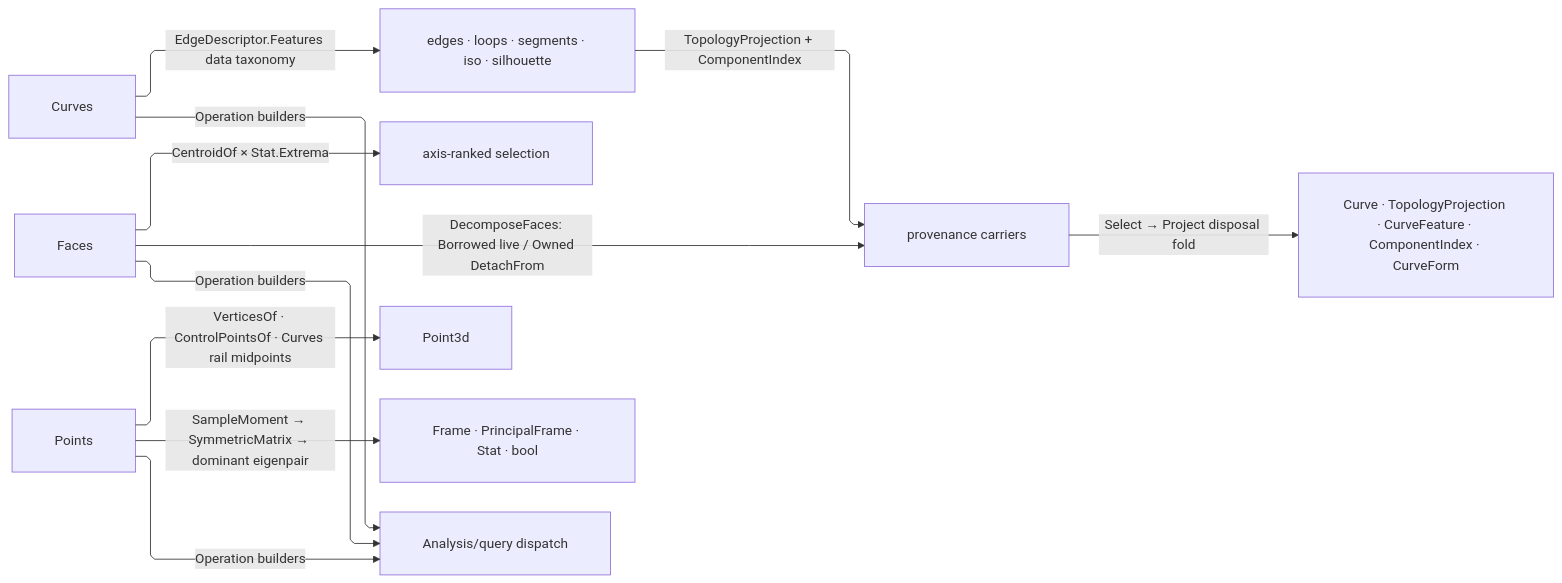
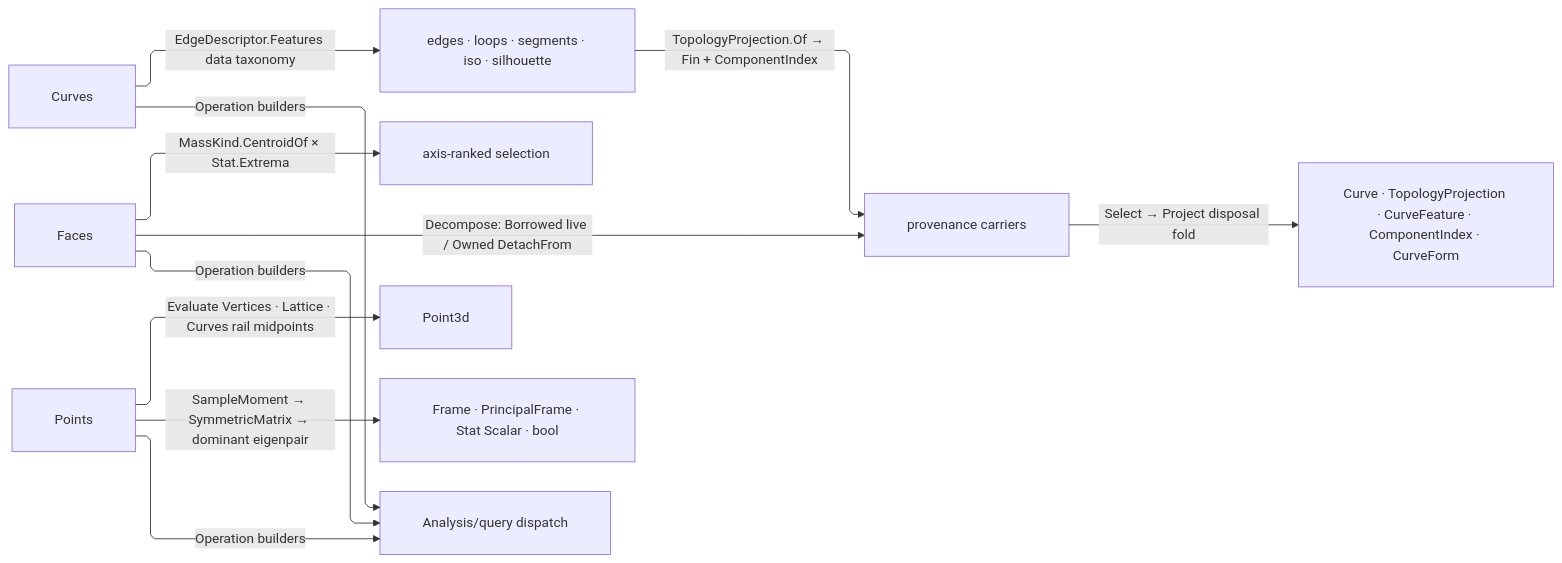
One commit to bsamiee/Rasm changed the diagram in libs/csharp/Rasm/.planning/Analysis/select.md. Above: the diagram before and after it, drawn with Mermaid. The commit also changed other lines of this file and 818 other files, not shown here.

````diff
--- a/libs/csharp/Rasm/.planning/Analysis/select.md
+++ b/libs/csharp/Rasm/.planning/Analysis/select.md
@@ -577,20 +682,20 @@
 ```mermaid
 ---
 config:
   layout: elk
   flowchart:
     curve: linear
     padding: 25
 ---
 flowchart LR
     accTitle: Curve, face, and point selection extraction
-    accDescr: Curves extracting edge, loop, segment, iso, and silhouette features onto provenance carriers, faces decomposing borrowed or owned and ranking by axis, points sampling vertices and control lattices into principal spread, and all three entering the query dispatch as operation builders.
+    accDescr: Curves extracting edge, loop, segment, iso, and silhouette features onto provenance carriers minted on the Fin rail, faces decomposing borrowed or owned and ranking by axis, points sampling vertices and control lattices into principal spread, and all three entering the query dispatch as operation builders.
     Curves -->|EdgeDescriptor.Features data taxonomy| Extraction[edges · loops · segments · iso · silhouette]
-    Extraction -->|TopologyProjection + ComponentIndex| Carrier[provenance carriers]
+    Extraction -->|TopologyProjection.Of → Fin + ComponentIndex| Carrier[provenance carriers]
     Carrier -->|Select → Project disposal fold| Outputs[Curve · TopologyProjection · CurveFeature · ComponentIndex · CurveForm]
-    Faces -->|DecomposeFaces: Borrowed live / Owned DetachFrom| Carrier
-    Faces -->|CentroidOf × Stat.Extrema| Ranked[axis-ranked selection]
-    Points -->|VerticesOf · ControlPointsOf · Curves rail midpoints| Point3d
-    Points -->|SampleMoment → SymmetricMatrix → dominant eigenpair| Spread[Frame · PrincipalFrame · Stat · bool]
+    Faces -->|Decompose: Borrowed live / Owned DetachFrom| Carrier
+    Faces -->|MassKind.CentroidOf × Stat.Extrema| Ranked[axis-ranked selection]
+    Points -->|Evaluate Vertices · Lattice · Curves rail midpoints| Point3d
+    Points -->|SampleMoment → SymmetricMatrix → dominant eigenpair| Spread[Frame · PrincipalFrame · Stat Scalar · bool]
     Curves & Faces & Points -->|Operation builders| Query[Analysis/query dispatch]
 ```
````
